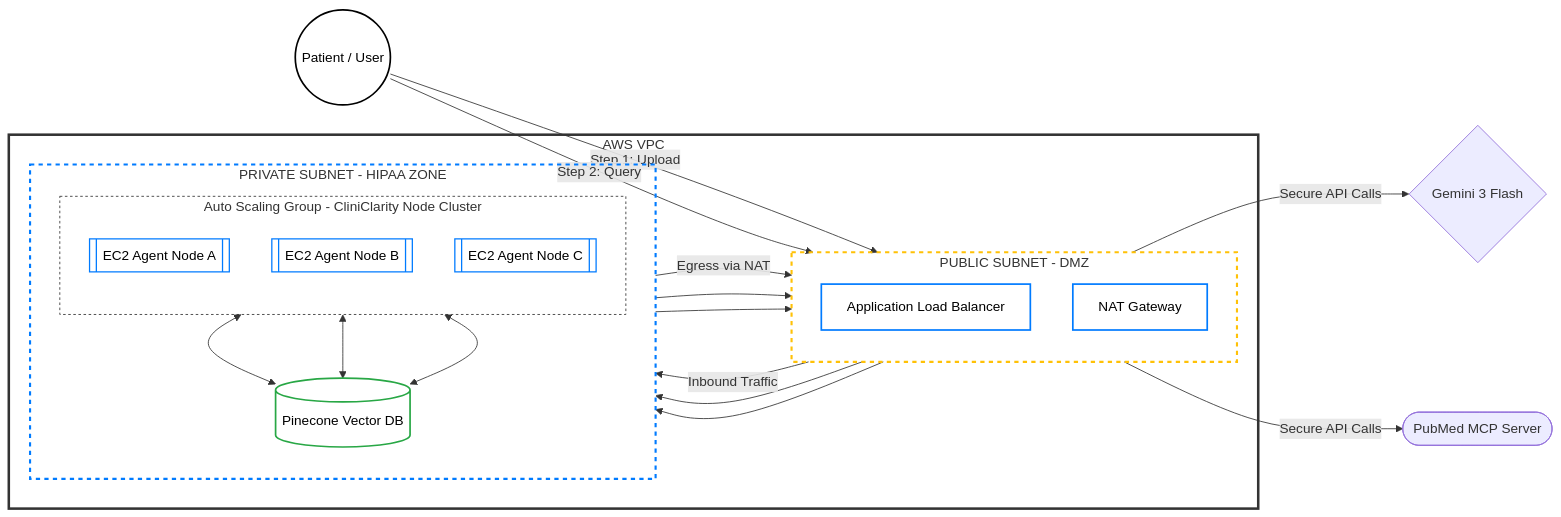
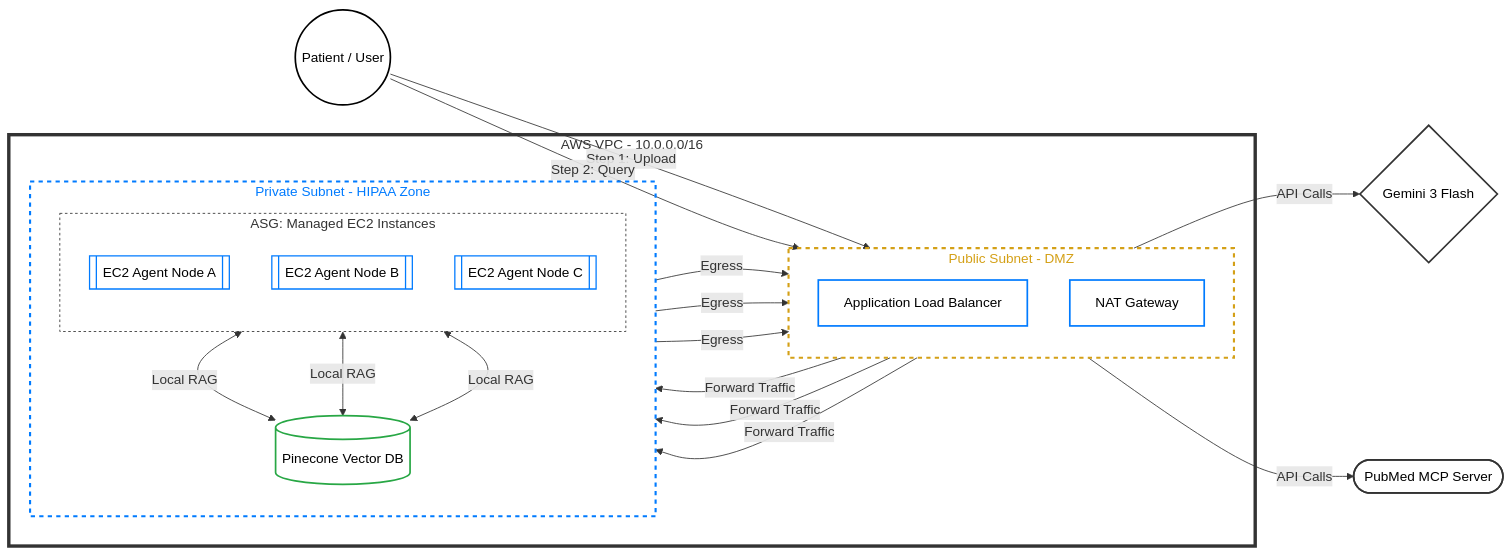
Before and after one commit to ramsundharVenkadesan/CliniClarity: the second of 2 diagrams in docs/README.md, drawn with Mermaid.

````diff
--- a/docs/README.md
+++ b/docs/README.md
@@ -139,69 +139,60 @@
 ```mermaid
 flowchart LR
+    %% 1. USER INTERFACE
+    U((Patient / User)):::userNode
 
-%% USER
-U((Patient / User)):::userNode
+    %% 2. VPC BOUNDARY
+    subgraph VPC [AWS VPC - 10.0.0.0/16]
+        
+        %% 3. PUBLIC TIER
+        subgraph PublicSubnet [Public Subnet - DMZ]
+            direction TB
+            ALB[Application Load Balancer]:::resource
+            NAT[NAT Gateway]:::resource
+        end
 
-%% VPC
-subgraph VPC [AWS VPC]
+        %% 4. PRIVATE TIER
+        subgraph PrivateSubnet [Private Subnet - HIPAA Zone]
+            direction TB
+            
+            subgraph ASG [ASG: Managed EC2 Instances]
+                direction TB
+                EC2_A[[EC2 Agent Node A]]:::instance
+                EC2_B[[EC2 Agent Node B]]:::instance
+                EC2_C[[EC2 Agent Node C]]:::instance
+            end
 
-    %% PUBLIC SUBNET
-    subgraph PublicSubnet [PUBLIC SUBNET - DMZ]
-        direction TB
-        ALB[Application Load Balancer]:::resource
-        NAT[NAT Gateway]:::resource
+            VDB[(Pinecone Vector DB)]:::database
+        end
     end
 
-    %% PRIVATE SUBNET
-    subgraph PrivateSubnet [PRIVATE SUBNET - HIPAA ZONE]
-        direction TB
-        
-        subgraph ASG [Auto Scaling Group - CliniClarity Node Cluster]
-            direction TB
-            EC2_A[[EC2 Agent Node A]]:::instance
-            EC2_B[[EC2 Agent Node B]]:::instance
-            EC2_C[[EC2 Agent Node C]]:::instance
-        end
+    %% 5. EXTERNAL SERVICES
+    GEMINI{Gemini 3 Flash}:::external
+    PUB([PubMed MCP Server]):::external
 
-        VDB[(Pinecone Vector DB)]:::database
-    end
-end
+    %% CONNECTIONS
+    U -->|Step 1: Upload| ALB
+    U -->|Step 2: Query| ALB
 
-%% EXTERNAL SERVICES
-GEMINI{Gemini 3 Flash}
-PUB([PubMed MCP Server])
+    ALB -->|Forward Traffic| EC2_A
+    ALB -->|Forward Traffic| EC2_B
+    ALB -->|Forward Traffic| EC2_C
 
-%% USER FLOW
-U -->|Step 1: Upload| ALB
-U -->|Step 2: Query| ALB
+    EC2_A & EC2_B & EC2_C <-->|Local RAG| VDB
+    EC2_A & EC2_B & EC2_C -->|Egress| NAT
+    
+    NAT -->|API Calls| GEMINI
+    NAT -->|API Calls| PUB
 
-%% TRAFFIC ROUTING
-ALB -->|Inbound Traffic| EC2_A
-ALB --> EC2_B
-ALB --> EC2_C
+    %% STYLING: Forced High Contrast for Dark Mode
+    classDef userNode fill:#FFFFFF,stroke:#000000,stroke-width:2px,color:#000000;
+    classDef resource fill:#FFFFFF,stroke:#007BFF,stroke-width:2px,color:#000000;
+    classDef instance fill:#FFFFFF,stroke:#007BFF,stroke-width:1.5px,color:#000000;
+    classDef database fill:#FFFFFF,stroke:#28A745,stroke-width:2px,color:#000000;
+    classDef external fill:#FFFFFF,stroke:#333333,stroke-width:2px,color:#000000;
 
-%% VECTOR DATABASE
-EC2_A <--> VDB
-EC2_B <--> VDB
-EC2_C <--> VDB
-
-%% NAT EGRESS
-EC2_A -->|Egress via NAT| NAT
-EC2_B --> NAT
-EC2_C --> NAT
-
-%% EXTERNAL API CALLS
-NAT -->|Secure API Calls| GEMINI
-NAT -->|Secure API Calls| PUB
-
-%% STYLING
-classDef userNode fill:#ffffff,stroke:#000000,stroke-width:2px,color:#000000;
-classDef resource fill:#ffffff,stroke:#007bff,stroke-width:2px,color:#000000;
-classDef instance fill:#ffffff,stroke:#007bff,stroke-width:1.5px,color:#000000;
-classDef database fill:#ffffff,stroke:#28a745,stroke-width:2px,color:#000000;
-
-style VPC fill:none,stroke:#333333,stroke-width:3px
-style PublicSubnet fill:none,stroke:#ffc107,stroke-width:2.5px,stroke-dasharray:5 5
-style PrivateSubnet fill:none,stroke:#007bff,stroke-width:2.5px,stroke-dasharray:5 5
-style ASG fill:none,stroke:#333333,stroke-width:1px,stroke-dasharray:3 3
+    style VPC fill:none,stroke:#333333,stroke-width:4px,color:#333333
+    style PublicSubnet fill:none,stroke:#D4A017,stroke-width:2.5px,stroke-dasharray: 5 5,color:#D4A017
+    style PrivateSubnet fill:none,stroke:#007BFF,stroke-width:2.5px,stroke-dasharray: 5 5,color:#007BFF
+    style ASG fill:none,stroke:#333333,stroke-width:1px,stroke-dasharray: 3 3,color:#333333
 ```
````
